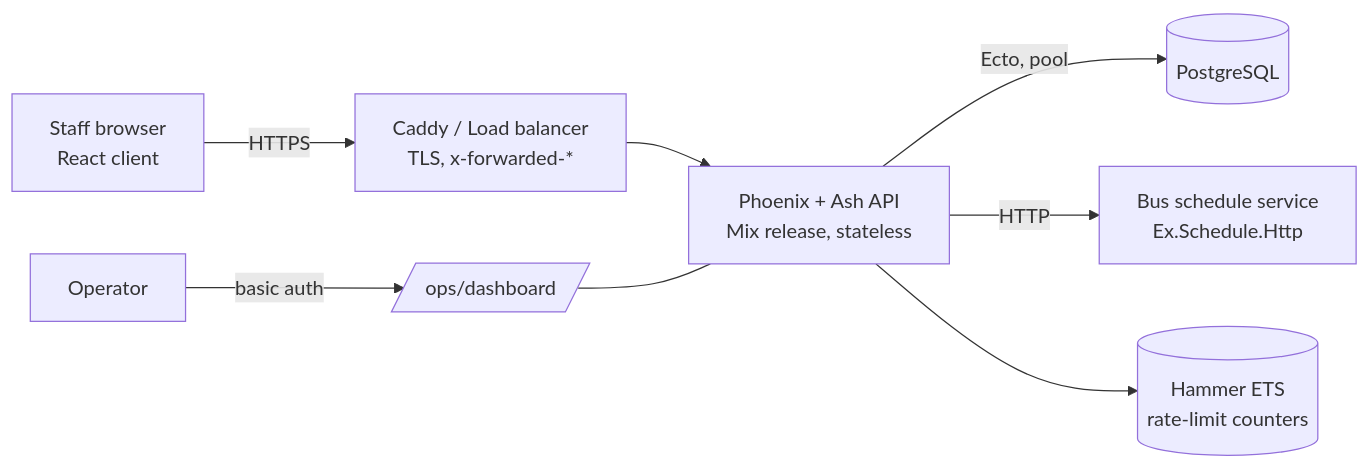
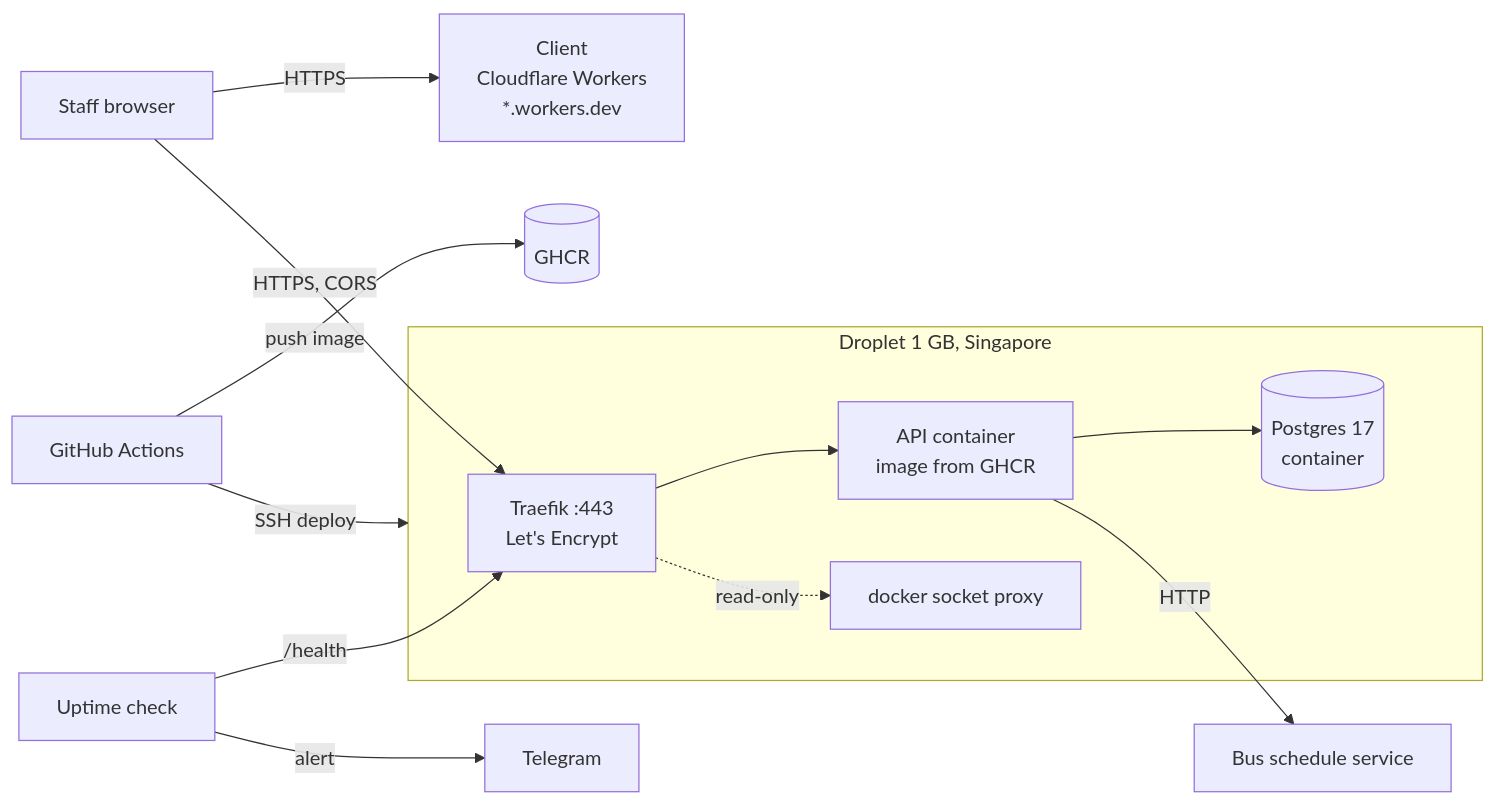
The first of 4 diagrams in docs/system-design.md (chanphiromsok/ex), drawn with Mermaid before and after one commit. The commit also changed other lines of this file and 16 other files, not shown here.

First line of the commit message:
CI/CD: build image to GHCR and deploy to droplet

````diff
--- a/docs/system-design.md
+++ b/docs/system-design.md
@@ -11,10 +31,15 @@
 ```mermaid
 flowchart LR
-    U[Staff browser<br/>React client] -->|HTTPS| LB[Caddy / Load balancer<br/>TLS, x-forwarded-*]
-    LB --> API[Phoenix + Ash API<br/>Mix release, stateless]
-    API -->|Ecto, pool| PG[(PostgreSQL)]
-    API -->|HTTP| SCH[Bus schedule service<br/>Ex.Schedule.Http]
-    API --> ETS[(Hammer ETS<br/>rate-limit counters)]
-    OPS[Operator] -->|basic auth| DASH[/ops/dashboard/]
-    DASH --- API
+    U[Staff browser] -->|HTTPS| W[Client<br/>Cloudflare Workers<br/>*.workers.dev]
+    U -->|HTTPS, CORS| T
+    subgraph D[Droplet 1 GB, Singapore]
+      T[Traefik :443<br/>Let's Encrypt] --> A[API container<br/>image from GHCR]
+      A --> P[(Postgres 17<br/>container)]
+      T -. read-only .-> SP[docker socket proxy]
+    end
+    A -->|HTTP| SCH[Bus schedule service]
+    GH[GitHub Actions] -->|push image| GHCR[(GHCR)]
+    GH -->|SSH deploy| D
+    UP[Uptime check] -->|/health| T
+    UP -->|alert| TG[Telegram]
 ```
````
